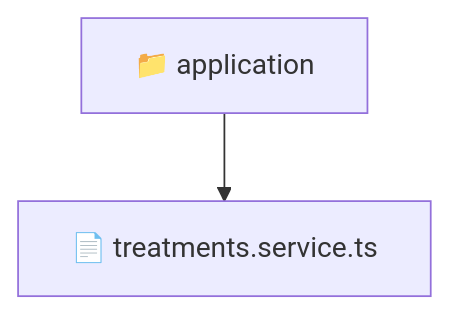
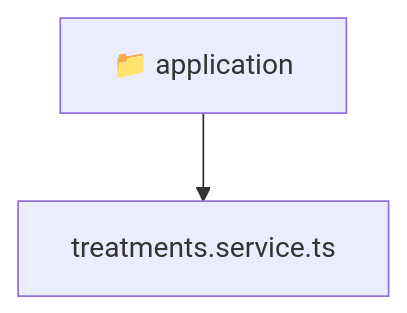
The diagram in backend/src/modules/treatments/application/README.md (beginwebdev2002/fullstack-mavluda), drawn with Mermaid before and after one commit. The commit also changed other lines of this file and 167 other files, not shown here.

````diff
--- a/backend/src/modules/treatments/application/README.md
+++ b/backend/src/modules/treatments/application/README.md
@@ -9,5 +9,6 @@
 ```mermaid
 graph TD
-  Root["📁 application"]
-  Root --> treatments_service_ts["📄 treatments.service.ts"]
+  Root_application["📁 application"]
+  f_treatments_service_ts["treatments.service.ts"]
+  Root_application --> f_treatments_service_ts
 ```
````
